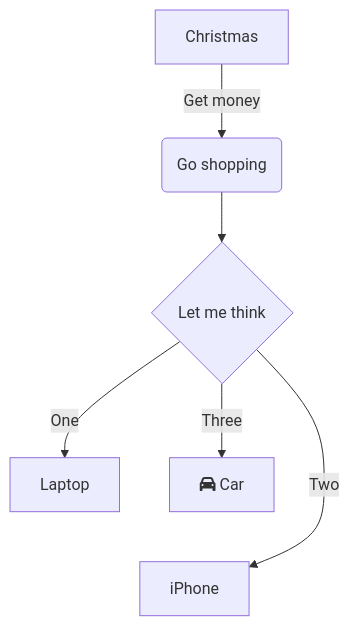
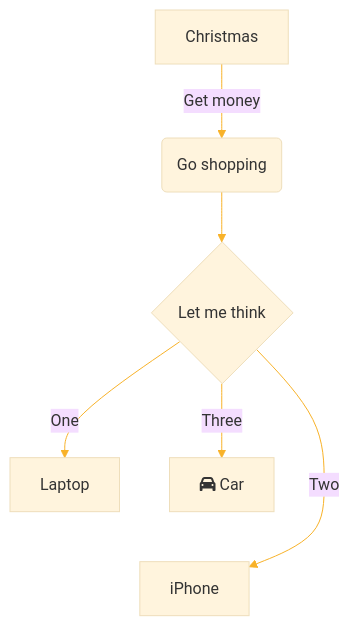
The third of 13 diagrams in _posts/2016-12-03-Mermaid.md (sylhare/Type-on-Strap), drawn with Mermaid before and after one commit. The commit also changed other lines of this file, not shown here.

````diff
--- a/_posts/2016-12-03-Mermaid.md
+++ b/_posts/2016-12-03-Mermaid.md
@@ -54,10 +54,19 @@
 ```mermaid
+%%{
+  init: {
+    'theme': 'base',
+    'themeVariables': {
+      'lineColor': '#F8B229'
+    }
+  }
+}%%
+
 flowchart TD
     A[Christmas] -->|Get money| B(Go shopping)
     B --> C{Let me think}
     C -->|One| D[Laptop]
     D ~~~ E
     C -->|Two| E[iPhone]
     C -->|Three| F[fa:fa-car Car]
     %% Grinch
 ```
````
